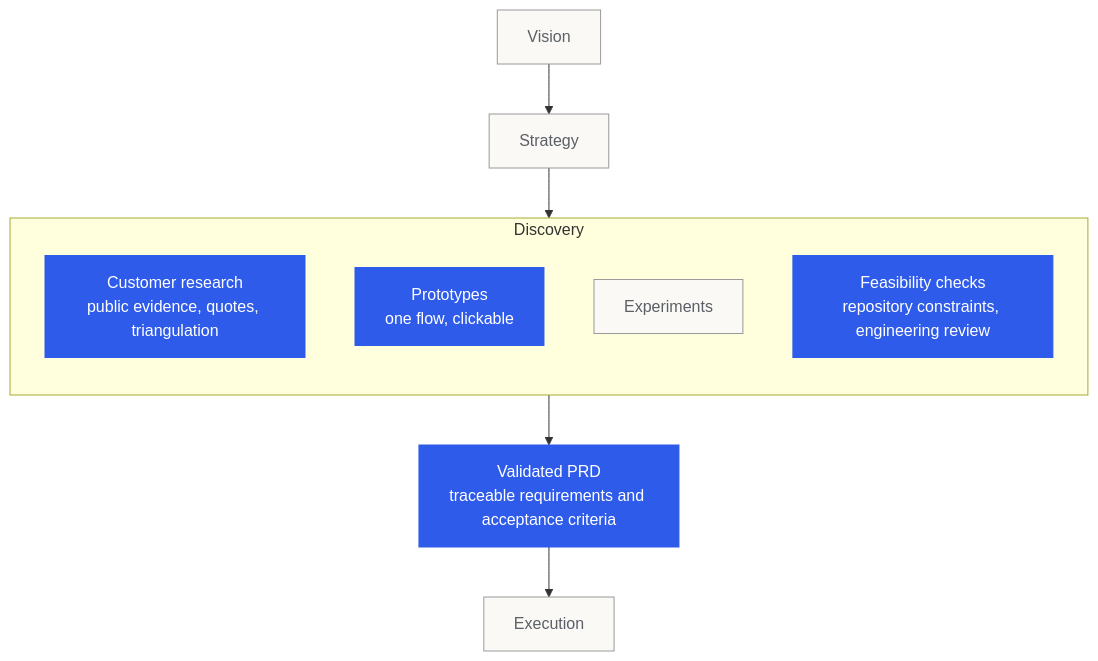
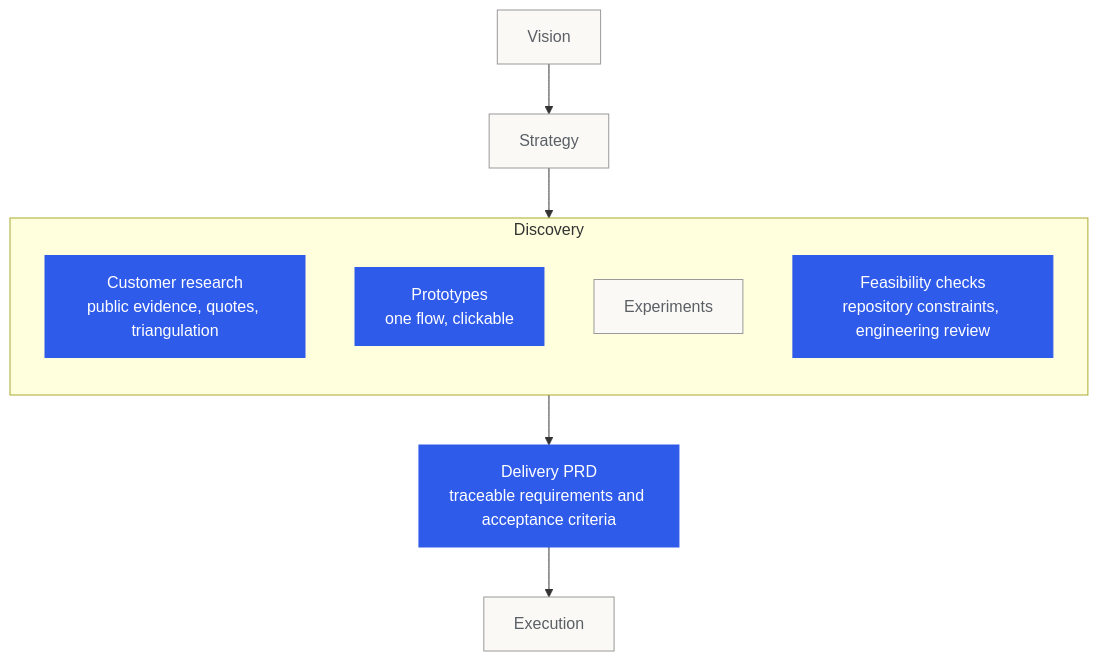
One commit to niancilyu-2/eyp-pm changed the first of 3 diagrams in README.md. Above: the diagram before and after it, drawn with Mermaid. The commit also changed other lines of this file, not shown here.

Commit message:
README: Skills instead of Commands, discovery brief and delivery PRD named

````diff
--- a/README.md
+++ b/README.md
@@ -36,19 +37,19 @@
 ```mermaid
 flowchart TB
   V["Vision"] --> S["Strategy"]
   S --> D
   subgraph D["Discovery"]
     direction TB
     CR["Customer research<br/>public evidence, quotes, triangulation"]
     PT["Prototypes<br/>one flow, clickable"]
     EX["Experiments"]
     FC["Feasibility checks<br/>repository constraints, engineering review"]
   end
-  D --> P["Validated PRD<br/>traceable requirements and acceptance criteria"]
+  D --> P["Delivery PRD<br/>traceable requirements and acceptance criteria"]
   P --> E["Execution"]
   classDef covered fill:#2F5BEA,stroke:#2F5BEA,color:#FFFFFF
   classDef partial fill:#DCE3F9,stroke:#2F5BEA,color:#1A1A1A
   classDef outside fill:#FAF9F5,stroke:#9A9A9A,color:#5B5F66
   class CR,PT,FC,P covered
   class V,S,EX,E outside
 ```
````
